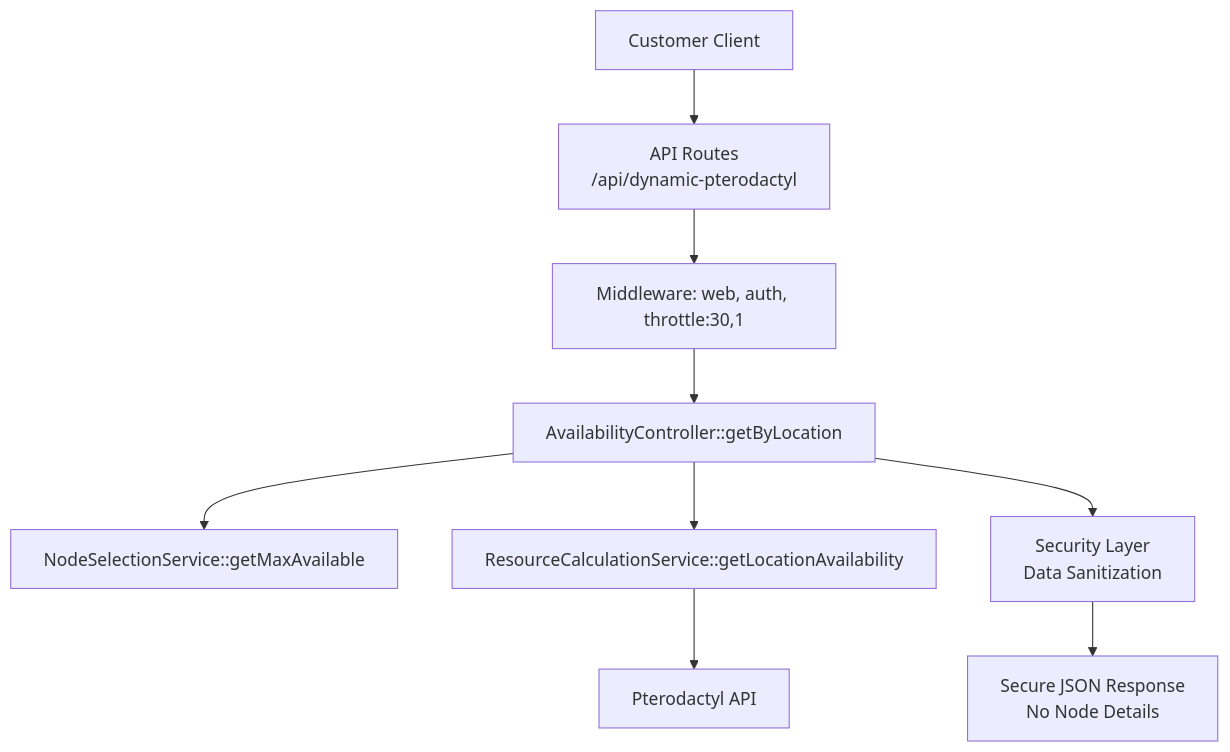
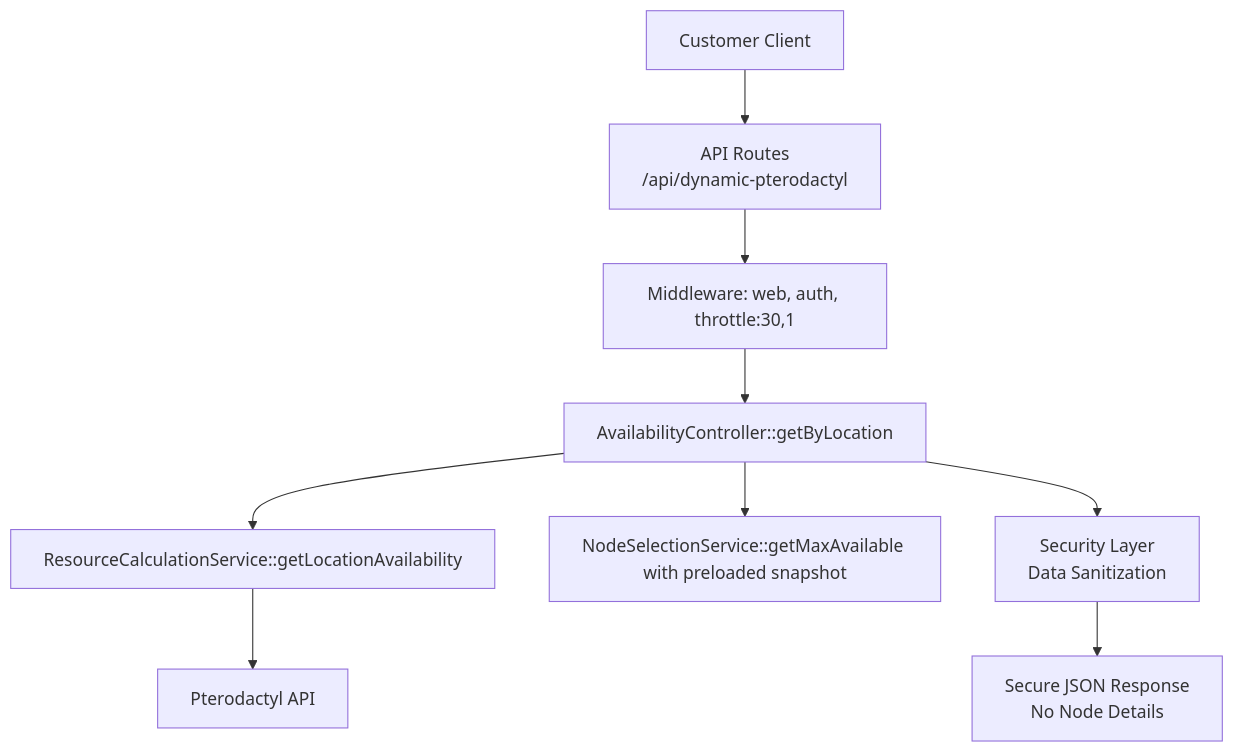
The first of 5 diagrams in .qoder/repowiki/en/content/API Reference/Public API Endpoints/Availability Endpoints.md (ObsidianNetwork/dynamic-pterodactyl), drawn with Mermaid before and after one commit. The commit also changed other lines of this file and 9 other files, not shown here.

````diff
--- a/.qoder/repowiki/en/content/API Reference/Public API Endpoints/Availability Endpoints.md
+++ b/.qoder/repowiki/en/content/API Reference/Public API Endpoints/Availability Endpoints.md
@@ -39,11 +39,11 @@
 ```mermaid
 graph TB
 Client["Customer Client"] --> Routes["API Routes<br/>/api/dynamic-pterodactyl"]
 Routes --> MW["Middleware: web, auth, throttle:30,1"]
 MW --> Ctrl["AvailabilityController::getByLocation"]
-Ctrl --> NodeSel["NodeSelectionService::getMaxAvailable"]
 Ctrl --> ResCalc["ResourceCalculationService::getLocationAvailability"]
+Ctrl --> NodeSel["NodeSelectionService::getMaxAvailable with preloaded snapshot"]
 ResCalc --> Ptero["Pterodactyl API"]
 Ctrl --> Security["Security Layer<br/>Data Sanitization"]
 Security --> Response["Secure JSON Response<br/>No Node Details"]
 ```
````
